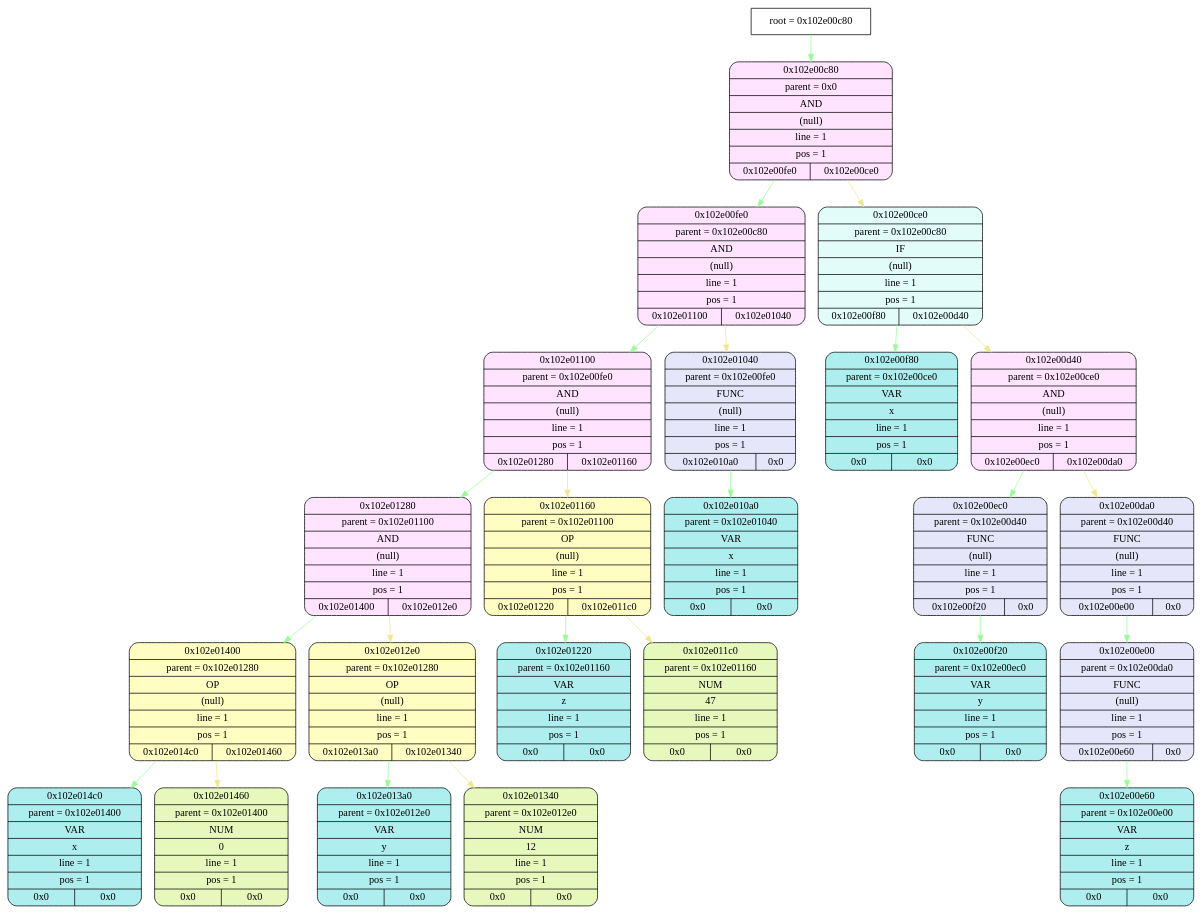
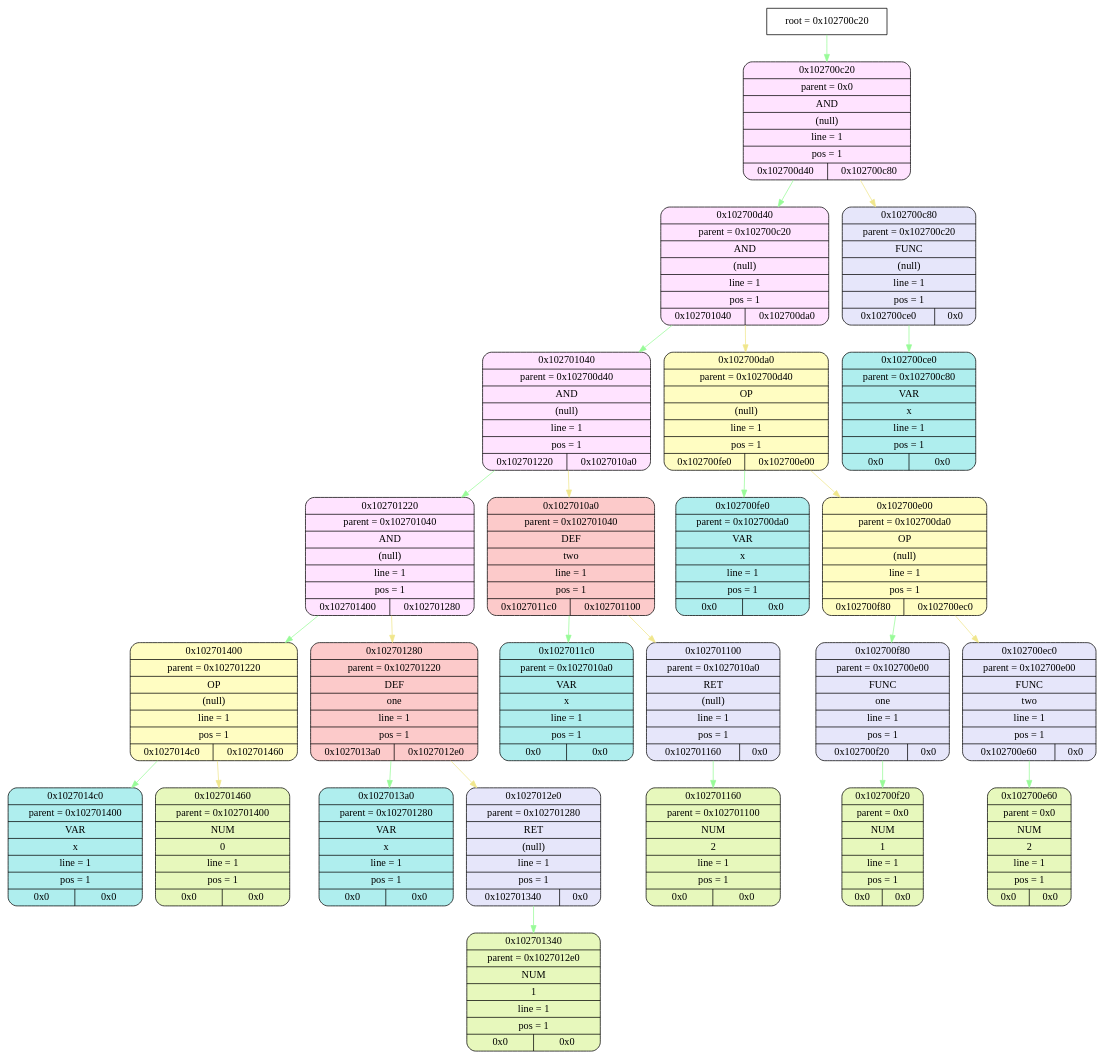
One commit to esgalimov/language changed the diagram in frontend/tmp/graphviz.dot. Above: the diagram before and after it, drawn with Graphviz. The commit also changed 18 other files, not shown here.

```diff
--- a/frontend/tmp/graphviz.dot
+++ b/frontend/tmp/graphviz.dot
@@ -1,74 +1,77 @@
 digraph
 {
-    node_info[shape = record, label = "{root = 0x102e00c80}"];
+    node_info[shape = record, label = "{root = 0x102700c20}"];
 
-    node_info->node_0x102e00c80 [color = "#98FB98"];
-    node_0x102e00c80[shape = Mrecord, label = "{{0x102e00c80} | {parent =  0x0} | {AND} | {(null)} | {line = 1} | {pos = 1} | {0x102e00fe0 | 0x102e00ce0}}",
+    node_info->node_0x102700c20 [color = "#98FB98"];
+    node_0x102700c20[shape = Mrecord, label = "{{0x102700c20} | {parent =  0x0} | {AND} | {(null)} | {line = 1} | {pos = 1} | {0x102700d40 | 0x102700c80}}",
                                         style="filled", fillcolor="#FFE3FF"];
-    node_0x102e00fe0[shape = Mrecord, label = "{{0x102e00fe0} | {parent =  0x102e00c80} | {AND} | {(null)} | {line = 1} | {pos = 1} | {0x102e01100 | 0x102e01040}}",
+    node_0x102700d40[shape = Mrecord, label = "{{0x102700d40} | {parent =  0x102700c20} | {AND} | {(null)} | {line = 1} | {pos = 1} | {0x102701040 | 0x102700da0}}",
                                         style="filled", fillcolor="#FFE3FF"];
-    node_0x102e01100[shape = Mrecord, label = "{{0x102e01100} | {parent =  0x102e00fe0} | {AND} | {(null)} | {line = 1} | {pos = 1} | {0x102e01280 | 0x102e01160}}",
+    node_0x102701040[shape = Mrecord, label = "{{0x102701040} | {parent =  0x102700d40} | {AND} | {(null)} | {line = 1} | {pos = 1} | {0x102701220 | 0x1027010a0}}",
                                         style="filled", fillcolor="#FFE3FF"];
-    node_0x102e01280[shape = Mrecord, label = "{{0x102e01280} | {parent =  0x102e01100} | {AND} | {(null)} | {line = 1} | {pos = 1} | {0x102e01400 | 0x102e012e0}}",
+    node_0x102701220[shape = Mrecord, label = "{{0x102701220} | {parent =  0x102701040} | {AND} | {(null)} | {line = 1} | {pos = 1} | {0x102701400 | 0x102701280}}",
                                         style="filled", fillcolor="#FFE3FF"];
-    node_0x102e01400[shape = Mrecord, label = "{{0x102e01400} | {parent =  0x102e01280} | {OP} | {(null)} | {line = 1} | {pos = 1} | {0x102e014c0 | 0x102e01460}}",
+    node_0x102701400[shape = Mrecord, label = "{{0x102701400} | {parent =  0x102701220} | {OP} | {(null)} | {line = 1} | {pos = 1} | {0x1027014c0 | 0x102701460}}",
                                         style="filled", fillcolor="#FFFDC2"];
-    node_0x102e014c0[shape = Mrecord, label = "{{0x102e014c0} | {parent =  0x102e01400} | {VAR} | {x} | {line = 1} | {pos = 1} | {0x0 | 0x0}}",
+    node_0x1027014c0[shape = Mrecord, label = "{{0x1027014c0} | {parent =  0x102701400} | {VAR} | {x} | {line = 1} | {pos = 1} | {0x0 | 0x0}}",
                                         style="filled", fillcolor="#AFEEEE"];
-    node_0x102e01460[shape = Mrecord, label = "{{0x102e01460} | {parent =  0x102e01400} | {NUM} | {0} | {line = 1} | {pos = 1} | {0x0 | 0x0}}",
+    node_0x102701460[shape = Mrecord, label = "{{0x102701460} | {parent =  0x102701400} | {NUM} | {0} | {line = 1} | {pos = 1} | {0x0 | 0x0}}",
                 style="filled", fillcolor="#E7F8BC"];
-    node_0x102e012e0[shape = Mrecord, label = "{{0x102e012e0} | {parent =  0x102e01280} | {OP} | {(null)} | {line = 1} | {pos = 1} | {0x102e013a0 | 0x102e01340}}",
+    node_0x102701280[shape = Mrecord, label = "{{0x102701280} | {parent =  0x102701220} | {DEF} | {one} | {line = 1} | {pos = 1} | {0x1027013a0 | 0x1027012e0}}",
+                                        style="filled", fillcolor="#FCCACA"];
+    node_0x1027013a0[shape = Mrecord, label = "{{0x1027013a0} | {parent =  0x102701280} | {VAR} | {x} | {line = 1} | {pos = 1} | {0x0 | 0x0}}",
+                                        style="filled", fillcolor="#AFEEEE"];
+    node_0x1027012e0[shape = Mrecord, label = "{{0x1027012e0} | {parent =  0x102701280} | {RET} | {(null)} | {line = 1} | {pos = 1} | {0x102701340 | 0x0}}",
+                                        style="filled", fillcolor="#E6E6FA"];
+    node_0x102701340[shape = Mrecord, label = "{{0x102701340} | {parent =  0x1027012e0} | {NUM} | {1} | {line = 1} | {pos = 1} | {0x0 | 0x0}}",
+                style="filled", fillcolor="#E7F8BC"];
+    node_0x1027010a0[shape = Mrecord, label = "{{0x1027010a0} | {parent =  0x102701040} | {DEF} | {two} | {line = 1} | {pos = 1} | {0x1027011c0 | 0x102701100}}",
+                                        style="filled", fillcolor="#FCCACA"];
+    node_0x1027011c0[shape = Mrecord, label = "{{0x1027011c0} | {parent =  0x1027010a0} | {VAR} | {x} | {line = 1} | {pos = 1} | {0x0 | 0x0}}",
+                                        style="filled", fillcolor="#AFEEEE"];
+    node_0x102701100[shape = Mrecord, label = "{{0x102701100} | {parent =  0x1027010a0} | {RET} | {(null)} | {line = 1} | {pos = 1} | {0x102701160 | 0x0}}",
+                                        style="filled", fillcolor="#E6E6FA"];
+    node_0x102701160[shape = Mrecord, label = "{{0x102701160} | {parent =  0x102701100} | {NUM} | {2} | {line = 1} | {pos = 1} | {0x0 | 0x0}}",
+                style="filled", fillcolor="#E7F8BC"];
+    node_0x102700da0[shape = Mrecord, label = "{{0x102700da0} | {parent =  0x102700d40} | {OP} | {(null)} | {line = 1} | {pos = 1} | {0x102700fe0 | 0x102700e00}}",
                                         style="filled", fillcolor="#FFFDC2"];
-    node_0x102e013a0[shape = Mrecord, label = "{{0x102e013a0} | {parent =  0x102e012e0} | {VAR} | {y} | {line = 1} | {pos = 1} | {0x0 | 0x0}}",
+    node_0x102700fe0[shape = Mrecord, label = "{{0x102700fe0} | {parent =  0x102700da0} | {VAR} | {x} | {line = 1} | {pos = 1} | {0x0 | 0x0}}",
                                         style="filled", fillcolor="#AFEEEE"];
-    node_0x102e01340[shape = Mrecord, label = "{{0x102e01340} | {parent =  0x102e012e0} | {NUM} | {12} | {line = 1} | {pos = 1} | {0x0 | 0x0}}",
+    node_0x102700e00[shape = Mrecord, label = "{{0x102700e00} | {parent =  0x102700da0} | {OP} | {(null)} | {line = 1} | {pos = 1} | {0x102700f80 | 0x102700ec0}}",
+                                        style="filled", fillcolor="#FFFDC2"];
+    node_0x102700f80[shape = Mrecord, label = "{{0x102700f80} | {parent =  0x102700e00} | {FUNC} | {one} | {line = 1} | {pos = 1} | {0x102700f20 | 0x0}}",
+                                        style="filled", fillcolor="#E6E6FA"];
+    node_0x102700f20[shape = Mrecord, label = "{{0x102700f20} | {parent =  0x0} | {NUM} | {1} | {line = 1} | {pos = 1} | {0x0 | 0x0}}",
                 style="filled", fillcolor="#E7F8BC"];
-    node_0x102e01160[shape = Mrecord, label = "{{0x102e01160} | {parent =  0x102e01100} | {OP} | {(null)} | {line = 1} | {pos = 1} | {0x102e01220 | 0x102e011c0}}",
-                                        style="filled", fillcolor="#FFFDC2"];
-    node_0x102e01220[shape = Mrecord, label = "{{0x102e01220} | {parent =  0x102e01160} | {VAR} | {z} | {line = 1} | {pos = 1} | {0x0 | 0x0}}",
+    node_0x102700ec0[shape = Mrecord, label = "{{0x102700ec0} | {parent =  0x102700e00} | {FUNC} | {two} | {line = 1} | {pos = 1} | {0x102700e60 | 0x0}}",
+                                        style="filled", fillcolor="#E6E6FA"];
+    node_0x102700e60[shape = Mrecord, label = "{{0x102700e60} | {parent =  0x0} | {NUM} | {2} | {line = 1} | {pos = 1} | {0x0 | 0x0}}",
+                style="filled", fillcolor="#E7F8BC"];
+    node_0x102700c80[shape = Mrecord, label = "{{0x102700c80} | {parent =  0x102700c20} | {FUNC} | {(null)} | {line = 1} | {pos = 1} | {0x102700ce0 | 0x0}}",
+                                        style="filled", fillcolor="#E6E6FA"];
+    node_0x102700ce0[shape = Mrecord, label = "{{0x102700ce0} | {parent =  0x102700c80} | {VAR} | {x} | {line = 1} | {pos = 1} | {0x0 | 0x0}}",
                                         style="filled", fillcolor="#AFEEEE"];
-    node_0x102e011c0[shape = Mrecord, label = "{{0x102e011c0} | {parent =  0x102e01160} | {NUM} | {47} | {line = 1} | {pos = 1} | {0x0 | 0x0}}",
-                style="filled", fillcolor="#E7F8BC"];
-    node_0x102e01040[shape = Mrecord, label = "{{0x102e01040} | {parent =  0x102e00fe0} | {FUNC} | {(null)} | {line = 1} | {pos = 1} | {0x102e010a0 | 0x0}}",
-                                        style="filled", fillcolor="#E6E6FA"];
-    node_0x102e010a0[shape = Mrecord, label = "{{0x102e010a0} | {parent =  0x102e01040} | {VAR} | {x} | {line = 1} | {pos = 1} | {0x0 | 0x0}}",
-                                        style="filled", fillcolor="#AFEEEE"];
-    node_0x102e00ce0[shape = Mrecord, label = "{{0x102e00ce0} | {parent =  0x102e00c80} | {IF} | {(null)} | {line = 1} | {pos = 1} | {0x102e00f80 | 0x102e00d40}}",
-                                        style="filled", fillcolor="#E1FCF9"];
-    node_0x102e00f80[shape = Mrecord, label = "{{0x102e00f80} | {parent =  0x102e00ce0} | {VAR} | {x} | {line = 1} | {pos = 1} | {0x0 | 0x0}}",
-                                        style="filled", fillcolor="#AFEEEE"];
-    node_0x102e00d40[shape = Mrecord, label = "{{0x102e00d40} | {parent =  0x102e00ce0} | {AND} | {(null)} | {line = 1} | {pos = 1} | {0x102e00ec0 | 0x102e00da0}}",
-                                        style="filled", fillcolor="#FFE3FF"];
-    node_0x102e00ec0[shape = Mrecord, label = "{{0x102e00ec0} | {parent =  0x102e00d40} | {FUNC} | {(null)} | {line = 1} | {pos = 1} | {0x102e00f20 | 0x0}}",
-                                        style="filled", fillcolor="#E6E6FA"];
-    node_0x102e00f20[shape = Mrecord, label = "{{0x102e00f20} | {parent =  0x102e00ec0} | {VAR} | {y} | {line = 1} | {pos = 1} | {0x0 | 0x0}}",
-                                        style="filled", fillcolor="#AFEEEE"];
-    node_0x102e00da0[shape = Mrecord, label = "{{0x102e00da0} | {parent =  0x102e00d40} | {FUNC} | {(null)} | {line = 1} | {pos = 1} | {0x102e00e00 | 0x0}}",
-                                        style="filled", fillcolor="#E6E6FA"];
-    node_0x102e00e00[shape = Mrecord, label = "{{0x102e00e00} | {parent =  0x102e00da0} | {FUNC} | {(null)} | {line = 1} | {pos = 1} | {0x102e00e60 | 0x0}}",
-                                        style="filled", fillcolor="#E6E6FA"];
-    node_0x102e00e60[shape = Mrecord, label = "{{0x102e00e60} | {parent =  0x102e00e00} | {VAR} | {z} | {line = 1} | {pos = 1} | {0x0 | 0x0}}",
-                                        style="filled", fillcolor="#AFEEEE"];
-    node_0x102e00c80->node_0x102e00fe0 [color = "#98FB98"];
-    node_0x102e00fe0->node_0x102e01100 [color = "#98FB98"];
-    node_0x102e01100->node_0x102e01280 [color = "#98FB98"];
-    node_0x102e01280->node_0x102e01400 [color = "#98FB98"];
-    node_0x102e01400->node_0x102e014c0 [color = "#98FB98"];
-    node_0x102e01400->node_0x102e01460 [color = "#F0E68C"];
-    node_0x102e01280->node_0x102e012e0 [color = "#F0E68C"];
-    node_0x102e012e0->node_0x102e013a0 [color = "#98FB98"];
-    node_0x102e012e0->node_0x102e01340 [color = "#F0E68C"];
-    node_0x102e01100->node_0x102e01160 [color = "#F0E68C"];
-    node_0x102e01160->node_0x102e01220 [color = "#98FB98"];
-    node_0x102e01160->node_0x102e011c0 [color = "#F0E68C"];
-    node_0x102e00fe0->node_0x102e01040 [color = "#F0E68C"];
-    node_0x102e01040->node_0x102e010a0 [color = "#98FB98"];
-    node_0x102e00c80->node_0x102e00ce0 [color = "#F0E68C"];
-    node_0x102e00ce0->node_0x102e00f80 [color = "#98FB98"];
-    node_0x102e00ce0->node_0x102e00d40 [color = "#F0E68C"];
-    node_0x102e00d40->node_0x102e00ec0 [color = "#98FB98"];
-    node_0x102e00ec0->node_0x102e00f20 [color = "#98FB98"];
-    node_0x102e00d40->node_0x102e00da0 [color = "#F0E68C"];
-    node_0x102e00da0->node_0x102e00e00 [color = "#98FB98"];
-    node_0x102e00e00->node_0x102e00e60 [color = "#98FB98"];
+    node_0x102700c20->node_0x102700d40 [color = "#98FB98"];
+    node_0x102700d40->node_0x102701040 [color = "#98FB98"];
+    node_0x102701040->node_0x102701220 [color = "#98FB98"];
+    node_0x102701220->node_0x102701400 [color = "#98FB98"];
+    node_0x102701400->node_0x1027014c0 [color = "#98FB98"];
+    node_0x102701400->node_0x102701460 [color = "#F0E68C"];
+    node_0x102701220->node_0x102701280 [color = "#F0E68C"];
+    node_0x102701280->node_0x1027013a0 [color = "#98FB98"];
+    node_0x102701280->node_0x1027012e0 [color = "#F0E68C"];
+    node_0x1027012e0->node_0x102701340 [color = "#98FB98"];
+    node_0x102701040->node_0x1027010a0 [color = "#F0E68C"];
+    node_0x1027010a0->node_0x1027011c0 [color = "#98FB98"];
+    node_0x1027010a0->node_0x102701100 [color = "#F0E68C"];
+    node_0x102701100->node_0x102701160 [color = "#98FB98"];
+    node_0x102700d40->node_0x102700da0 [color = "#F0E68C"];
+    node_0x102700da0->node_0x102700fe0 [color = "#98FB98"];
+    node_0x102700da0->node_0x102700e00 [color = "#F0E68C"];
+    node_0x102700e00->node_0x102700f80 [color = "#98FB98"];
+    node_0x102700f80->node_0x102700f20 [color = "#98FB98"];
+    node_0x102700e00->node_0x102700ec0 [color = "#F0E68C"];
+    node_0x102700ec0->node_0x102700e60 [color = "#98FB98"];
+    node_0x102700c20->node_0x102700c80 [color = "#F0E68C"];
+    node_0x102700c80->node_0x102700ce0 [color = "#98FB98"];
 }
```
